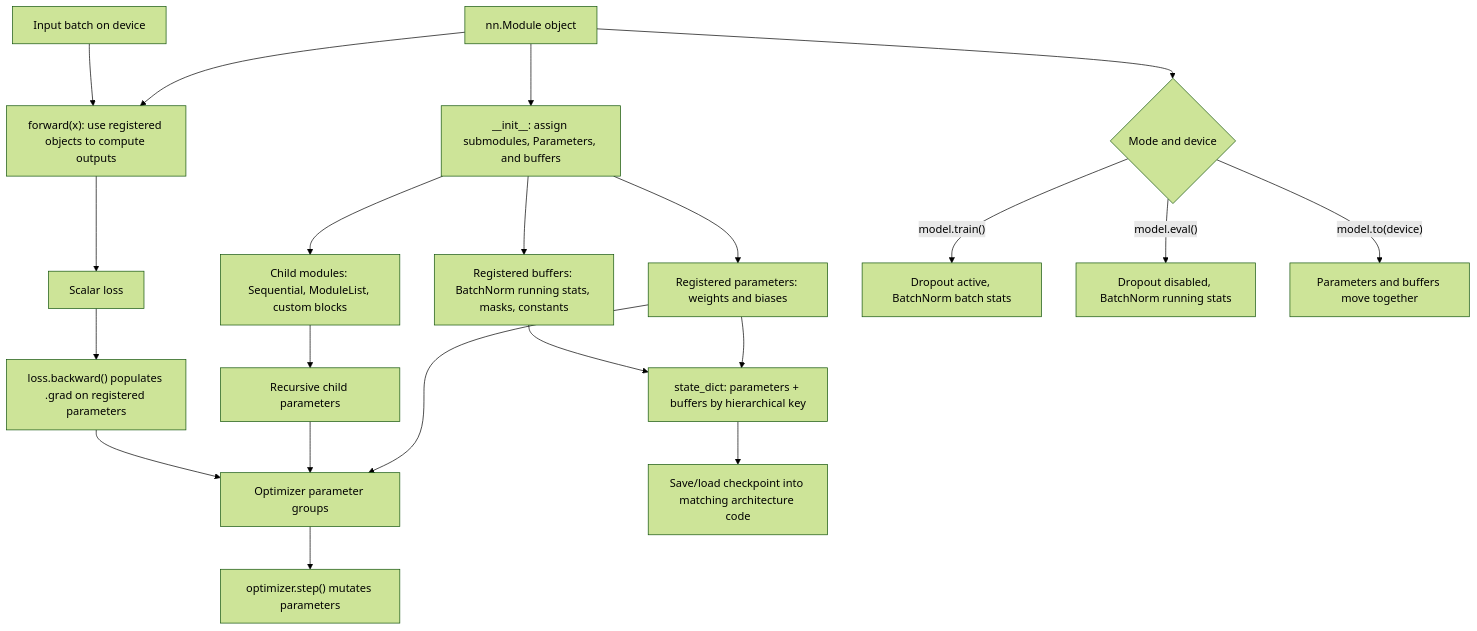
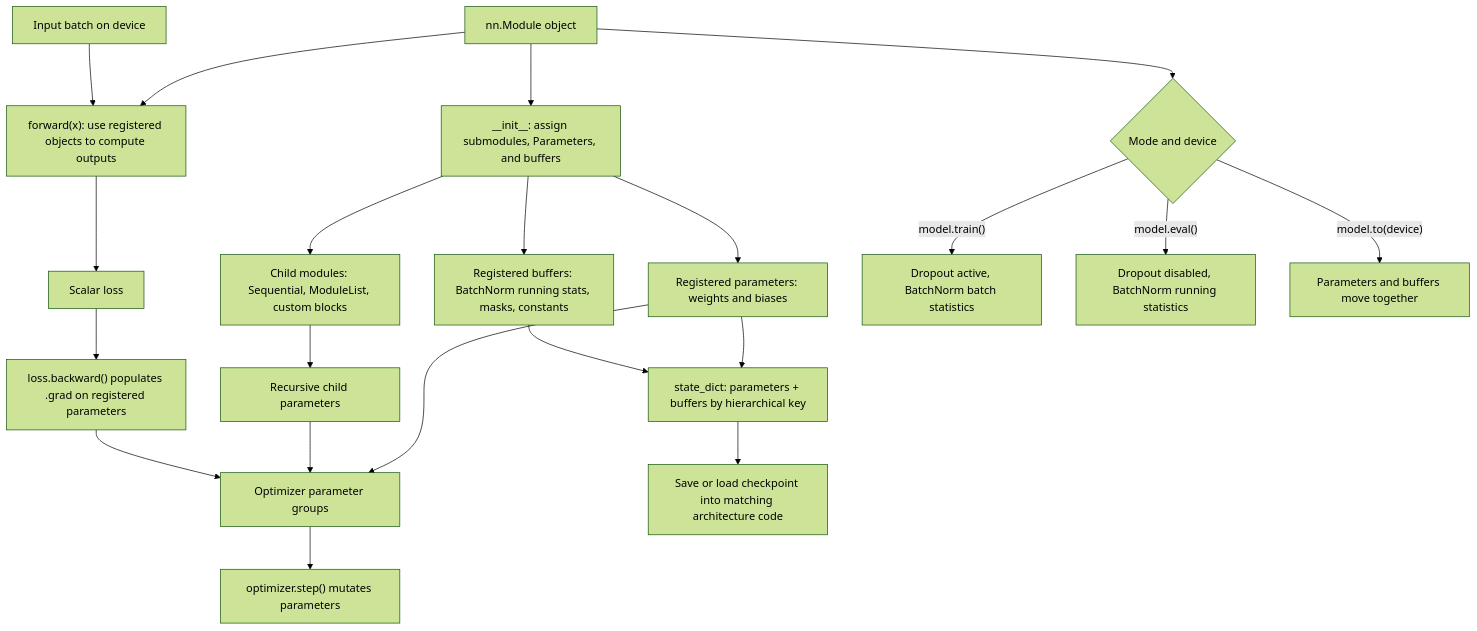
Before and after one commit to justinbrianhwang/SJ-wiki: the diagram in docs/cs/deep-learning/pytorch-builders-guide.md, drawn with Mermaid (forest theme). The commit also changed other lines of this file and 955 other files, not shown here.

````diff
--- a/docs/cs/deep-learning/pytorch-builders-guide.md
+++ b/docs/cs/deep-learning/pytorch-builders-guide.md
@@ -58,23 +24,23 @@
 ```mermaid
 flowchart TB
   Module["nn.Module object"] --> Init["__init__: assign submodules, Parameters, and buffers"]
   Init --> RegP["Registered parameters: weights and biases"]
   Init --> RegB["Registered buffers: BatchNorm running stats, masks, constants"]
   Init --> Children["Child modules: Sequential, ModuleList, custom blocks"]
   Children --> ChildP["Recursive child parameters"]
   Module --> Forward["forward(x): use registered objects to compute outputs"]
   X["Input batch on device"] --> Forward
   Forward --> Loss["Scalar loss"]
   Loss --> Backward["loss.backward() populates .grad on registered parameters"]
   RegP --> Optim["Optimizer parameter groups"]
   ChildP --> Optim
   Backward --> Optim
   Optim --> Step["optimizer.step() mutates parameters"]
   RegP --> State["state_dict: parameters + buffers by hierarchical key"]
   RegB --> State
-  State --> SaveLoad["Save/load checkpoint into matching architecture code"]
+  State --> SaveLoad["Save or load checkpoint into matching architecture code"]
   Module --> Mode{"Mode and device"}
-  Mode -->|"model.train()"| Train["Dropout active, BatchNorm batch stats"]
-  Mode -->|"model.eval()"| Eval["Dropout disabled, BatchNorm running stats"]
+  Mode -->|"model.train()"| Train["Dropout active, BatchNorm batch statistics"]
+  Mode -->|"model.eval()"| Eval["Dropout disabled, BatchNorm running statistics"]
   Mode -->|"model.to(device)"| Device["Parameters and buffers move together"]
 ```
````
